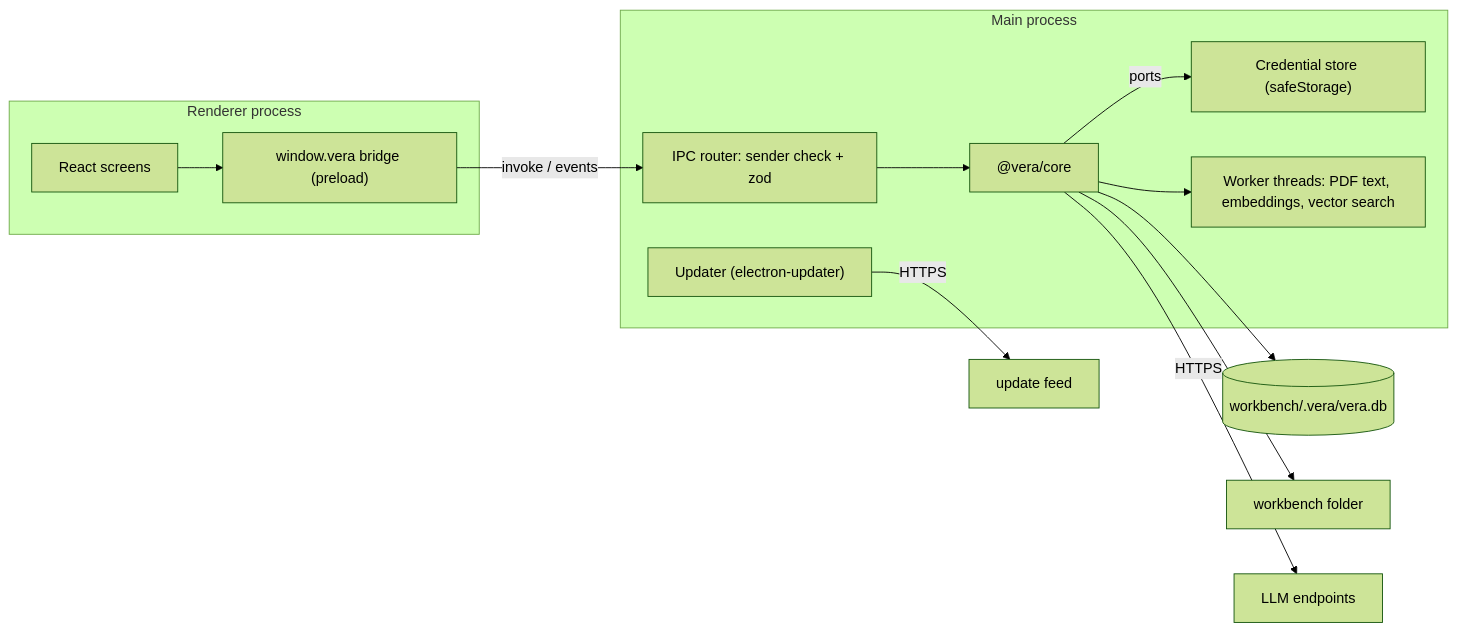
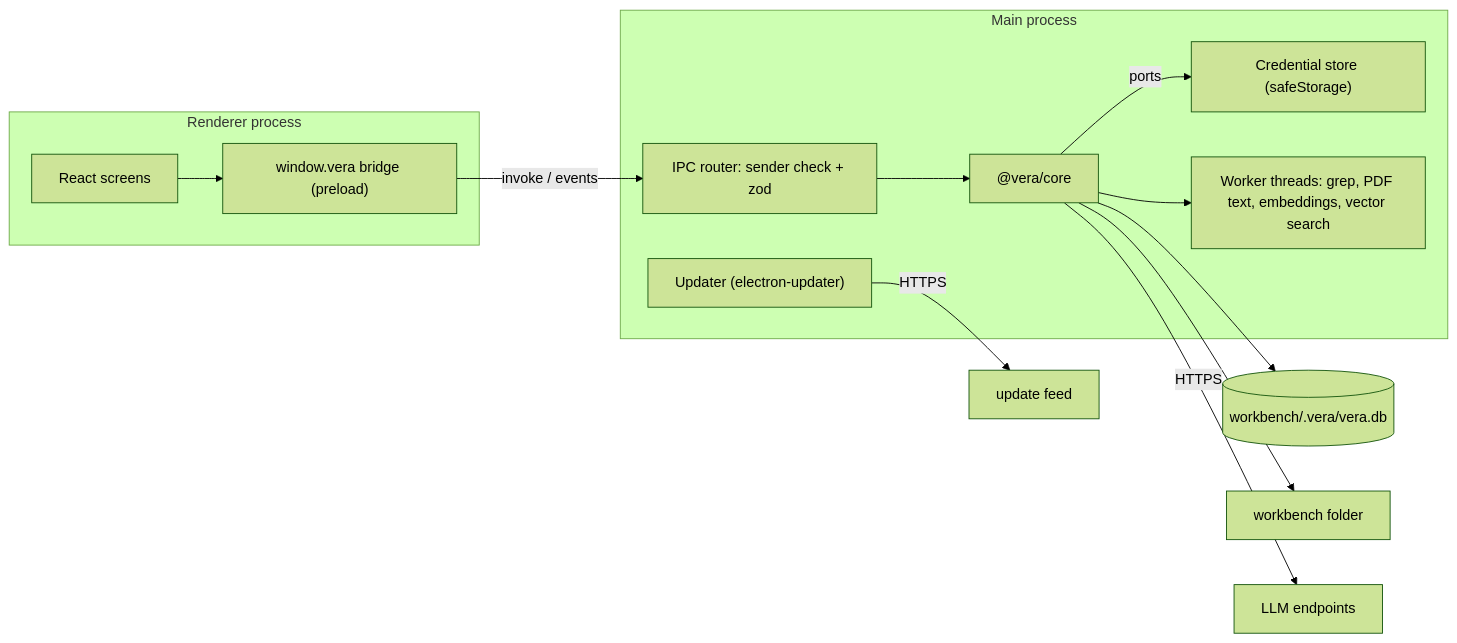
Before and after one commit to DDP-Engineering/2026_Virtual_Embedded_Rig_Assistant: the diagram in 00_Planning/architecture/01-system.md, drawn with Mermaid (forest theme). The commit also changed other lines of this file and 24 other files, not shown here.

````diff
--- a/00_Planning/architecture/01-system.md
+++ b/00_Planning/architecture/01-system.md
@@ -54,17 +54,17 @@
 ```mermaid
 flowchart LR
   subgraph R["Renderer process"]
     UI["React screens"] --> BR["window.vera bridge (preload)"]
   end
   subgraph M["Main process"]
     IPC["IPC router: sender check + zod"] --> CORE["@vera/core"]
     CORE -- ports --> CRED["Credential store (safeStorage)"]
     UPD["Updater (electron-updater)"]
-    CORE --> WK["Worker threads: PDF text, embeddings, vector search"]
+    CORE --> WK["Worker threads: grep, PDF text, embeddings, vector search"]
   end
   BR -- "invoke / events" --> IPC
   CORE --> DB[("workbench/.vera/vera.db")]
   CORE --> FS["workbench folder"]
   CORE -- HTTPS --> LLM["LLM endpoints"]
   UPD -- HTTPS --> FEED["update feed"]
 ```
````
